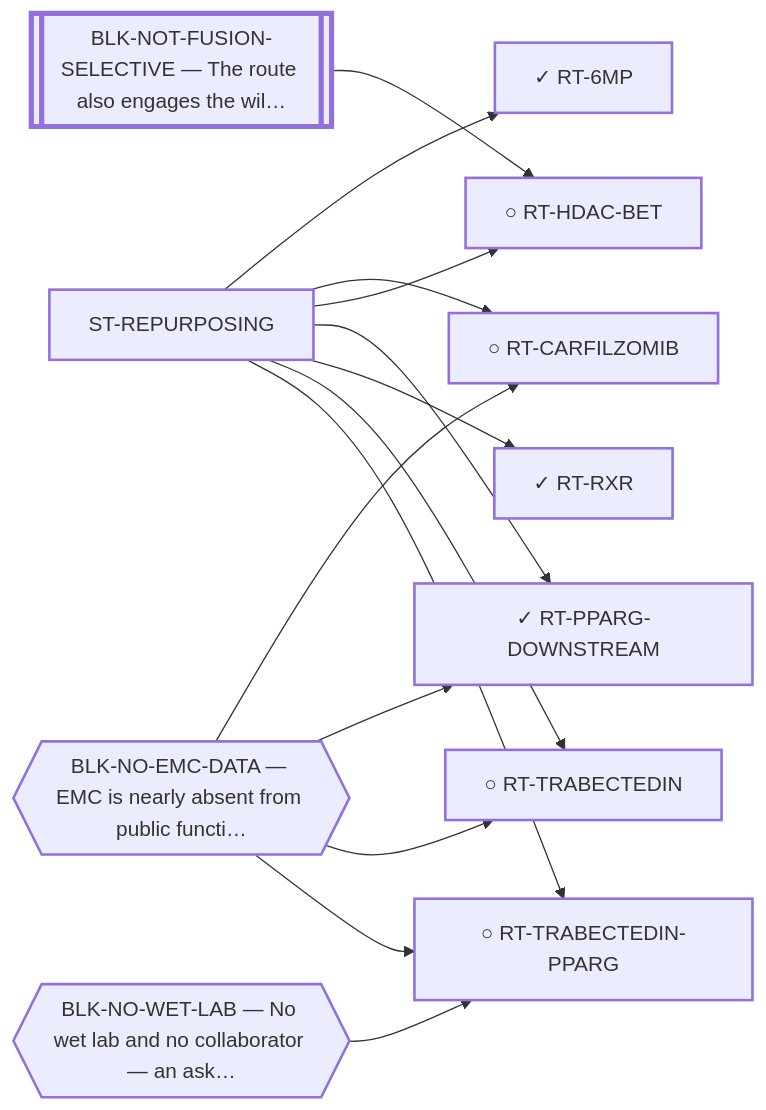
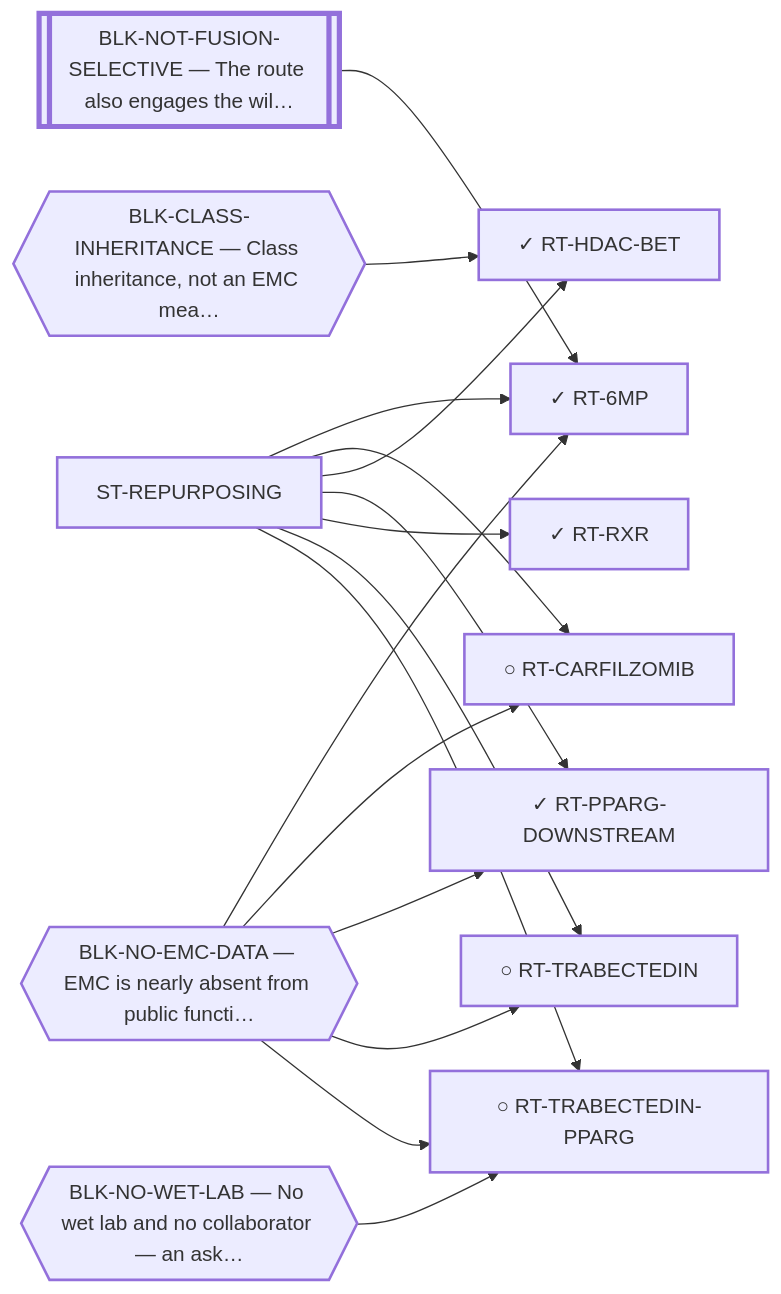
Before and after one commit to trimcrae/Rare-cancers: the diagram in systems/views/L1-st-repurposing.md, drawn with Mermaid. The commit also changed other lines of this file and 42 other files, not shown here.

````diff
--- a/systems/views/L1-st-repurposing.md
+++ b/systems/views/L1-st-repurposing.md
@@ -35,32 +35,35 @@
 ```mermaid
 flowchart LR
   ST_REPURPOSING["ST-REPURPOSING"]:::fam
   RT_6MP["✓ RT-6MP"]:::fam
   ST_REPURPOSING --> RT_6MP
   RT_CARFILZOMIB["○ RT-CARFILZOMIB"]:::fam
   ST_REPURPOSING --> RT_CARFILZOMIB
-  RT_HDAC_BET["○ RT-HDAC-BET"]:::fam
+  RT_HDAC_BET["✓ RT-HDAC-BET"]:::fam
   ST_REPURPOSING --> RT_HDAC_BET
   RT_PPARG_DOWNSTREAM["✓ RT-PPARG-DOWNSTREAM"]:::fam
   ST_REPURPOSING --> RT_PPARG_DOWNSTREAM
   RT_RXR["✓ RT-RXR"]:::fam
   ST_REPURPOSING --> RT_RXR
   RT_TRABECTEDIN["○ RT-TRABECTEDIN"]:::fam
   ST_REPURPOSING --> RT_TRABECTEDIN
   RT_TRABECTEDIN_PPARG["○ RT-TRABECTEDIN-PPARG"]:::fam
   ST_REPURPOSING --> RT_TRABECTEDIN_PPARG
 
+  BLK_CLASS_INHERITANCE{{"BLK-CLASS-INHERITANCE — Class inheritance, not an EMC mea…"}}:::blk
+  BLK_CLASS_INHERITANCE --> RT_HDAC_BET
   BLK_NO_EMC_DATA{{"BLK-NO-EMC-DATA — EMC is nearly absent from public functi…"}}:::blk
+  BLK_NO_EMC_DATA --> RT_6MP
   BLK_NO_EMC_DATA --> RT_CARFILZOMIB
   BLK_NO_EMC_DATA --> RT_PPARG_DOWNSTREAM
   BLK_NO_EMC_DATA --> RT_TRABECTEDIN
   BLK_NO_EMC_DATA --> RT_TRABECTEDIN_PPARG
   BLK_NO_WET_LAB{{"BLK-NO-WET-LAB — No wet lab and no collaborator — an ask…"}}:::blk
   BLK_NO_WET_LAB --> RT_TRABECTEDIN_PPARG
   BLK_NOT_FUSION_SELECTIVE[["BLK-NOT-FUSION-SELECTIVE — The route also engages the wil…"]]:::perm
-  BLK_NOT_FUSION_SELECTIVE --> RT_HDAC_BET
+  BLK_NOT_FUSION_SELECTIVE --> RT_6MP
   classDef fam stroke-width:2px;
   classDef blk stroke-width:2px;
   classDef perm stroke-width:4px;
   classDef tech stroke-width:1px,stroke-dasharray:4 3;
 ```
````
